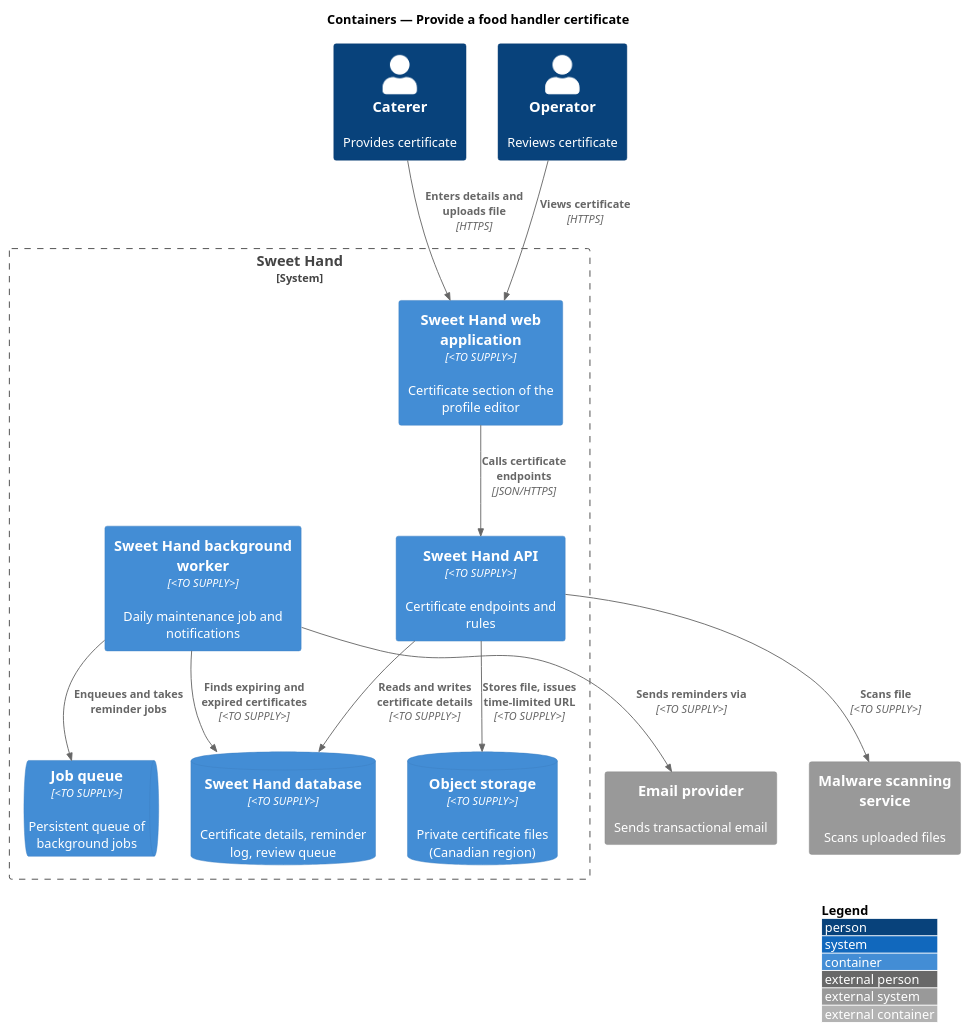
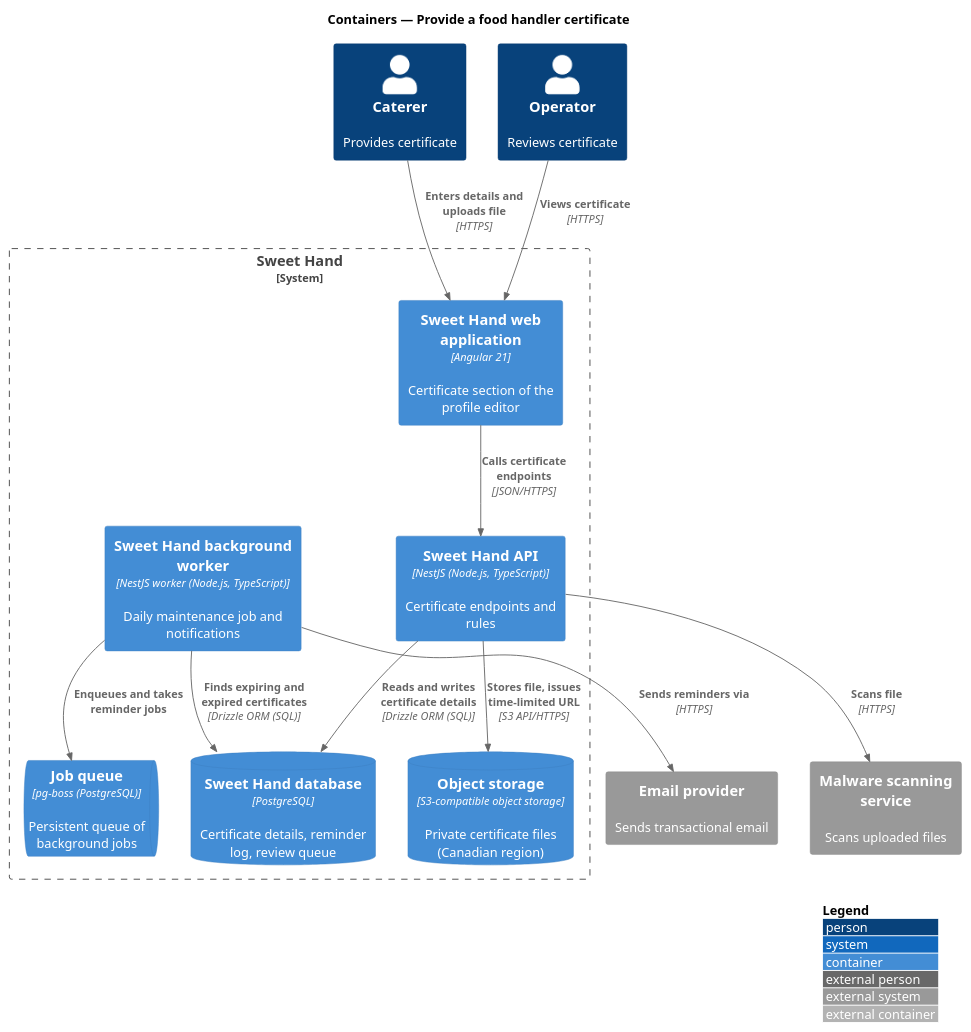
Before and after one commit to QuinntyneBrown/sweet-hand: the diagram in docs/detailed-designs/caterer-profiles/provide-food-handler-certificate/diagrams/c4-container.puml, drawn with PlantUML. The commit also changed 42 other files, not shown here.

```diff
--- a/docs/detailed-designs/caterer-profiles/provide-food-handler-certificate/diagrams/c4-container.puml
+++ b/docs/detailed-designs/caterer-profiles/provide-food-handler-certificate/diagrams/c4-container.puml
@@ -1,28 +1,28 @@
 @startuml
 !include <C4/C4_Container>
 LAYOUT_WITH_LEGEND()
 title Containers — Provide a food handler certificate
 
 Person(caterer, "Caterer", "Provides certificate")
 Person(operator, "Operator", "Reviews certificate")
 System_Boundary(sweethand, "Sweet Hand") {
-  Container(web, "Sweet Hand web application", "<TO SUPPLY>", "Certificate section of the profile editor")
-  Container(api, "Sweet Hand API", "<TO SUPPLY>", "Certificate endpoints and rules")
-  Container(worker, "Sweet Hand background worker", "<TO SUPPLY>", "Daily maintenance job and notifications")
-  ContainerDb(db, "Sweet Hand database", "<TO SUPPLY>", "Certificate details, reminder log, review queue")
-  ContainerDb(storage, "Object storage", "<TO SUPPLY>", "Private certificate files (Canadian region)")
-  ContainerQueue(queue, "Job queue", "<TO SUPPLY>", "Persistent queue of background jobs")
+  Container(web, "Sweet Hand web application", "Angular 21", "Certificate section of the profile editor")
+  Container(api, "Sweet Hand API", "NestJS (Node.js, TypeScript)", "Certificate endpoints and rules")
+  Container(worker, "Sweet Hand background worker", "NestJS worker (Node.js, TypeScript)", "Daily maintenance job and notifications")
+  ContainerDb(db, "Sweet Hand database", "PostgreSQL", "Certificate details, reminder log, review queue")
+  ContainerDb(storage, "Object storage", "S3-compatible object storage", "Private certificate files (Canadian region)")
+  ContainerQueue(queue, "Job queue", "pg-boss (PostgreSQL)", "Persistent queue of background jobs")
 }
 System_Ext(malware, "Malware scanning service", "Scans uploaded files")
 System_Ext(email, "Email provider", "Sends transactional email")
 
 Rel(caterer, web, "Enters details and uploads file", "HTTPS")
 Rel(operator, web, "Views certificate", "HTTPS")
 Rel(web, api, "Calls certificate endpoints", "JSON/HTTPS")
-Rel(api, malware, "Scans file", "<TO SUPPLY>")
-Rel(api, db, "Reads and writes certificate details", "<TO SUPPLY>")
-Rel(api, storage, "Stores file, issues time-limited URL", "<TO SUPPLY>")
-Rel(worker, db, "Finds expiring and expired certificates", "<TO SUPPLY>")
+Rel(api, malware, "Scans file", "HTTPS")
+Rel(api, db, "Reads and writes certificate details", "Drizzle ORM (SQL)")
+Rel(api, storage, "Stores file, issues time-limited URL", "S3 API/HTTPS")
+Rel(worker, db, "Finds expiring and expired certificates", "Drizzle ORM (SQL)")
 Rel(worker, queue, "Enqueues and takes reminder jobs")
-Rel(worker, email, "Sends reminders via", "<TO SUPPLY>")
+Rel(worker, email, "Sends reminders via", "HTTPS")
 @enduml
```
